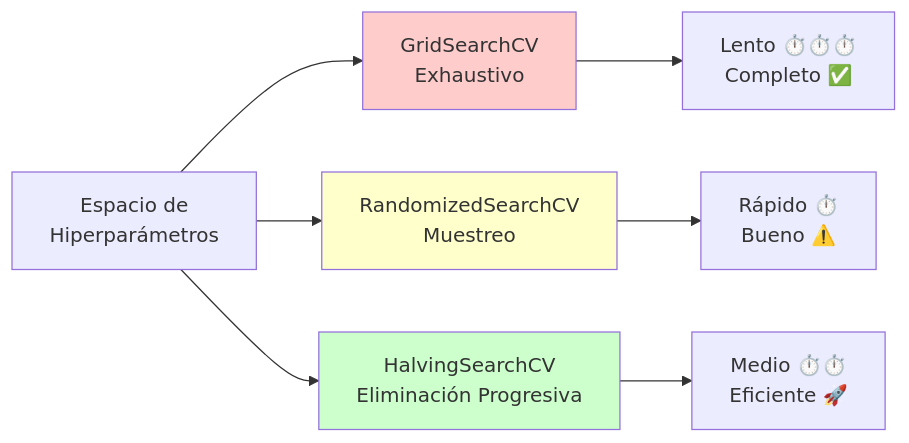
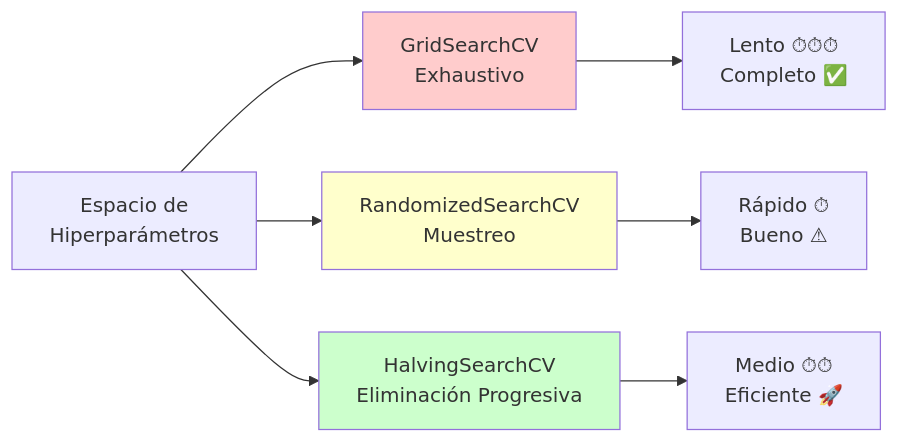
One commit to dpalacioj/data-projects-lab changed diagram 12 of 17 in tutorials/10-validacion-y-optimizacion-hiperparametros.md. Above: the diagram before and after it, drawn with Mermaid. The commit also changed other lines of this file and 6 other files, not shown here.

````diff
--- a/tutorials/10-validacion-y-optimizacion-hiperparametros.md
+++ b/tutorials/10-validacion-y-optimizacion-hiperparametros.md
@@ -934,14 +934,14 @@
 ```mermaid
 graph LR
     A[Espacio de<br/>Hiperparámetros] --> B[GridSearchCV<br/>Exhaustivo]
     A --> C[RandomizedSearchCV<br/>Muestreo]
     A --> D[HalvingSearchCV<br/>Eliminación Progresiva]
 
-    B --> B1[Lento ⏱️⏱️⏱️<br/>Completo ✅]
-    C --> C1[Rápido ⏱️<br/>Bueno ⚠️]
-    D --> D1[Medio ⏱️⏱️<br/>Eficiente 🚀]
+    B --> B1[Lento ⏱⏱⏱<br/>Completo ✅]
+    C --> C1[Rápido ⏱<br/>Bueno ⚠]
+    D --> D1[Medio ⏱⏱<br/>Eficiente 🚀]
 
     style B fill:#ffcccc
     style C fill:#ffffcc
     style D fill:#ccffcc
 ```
````
